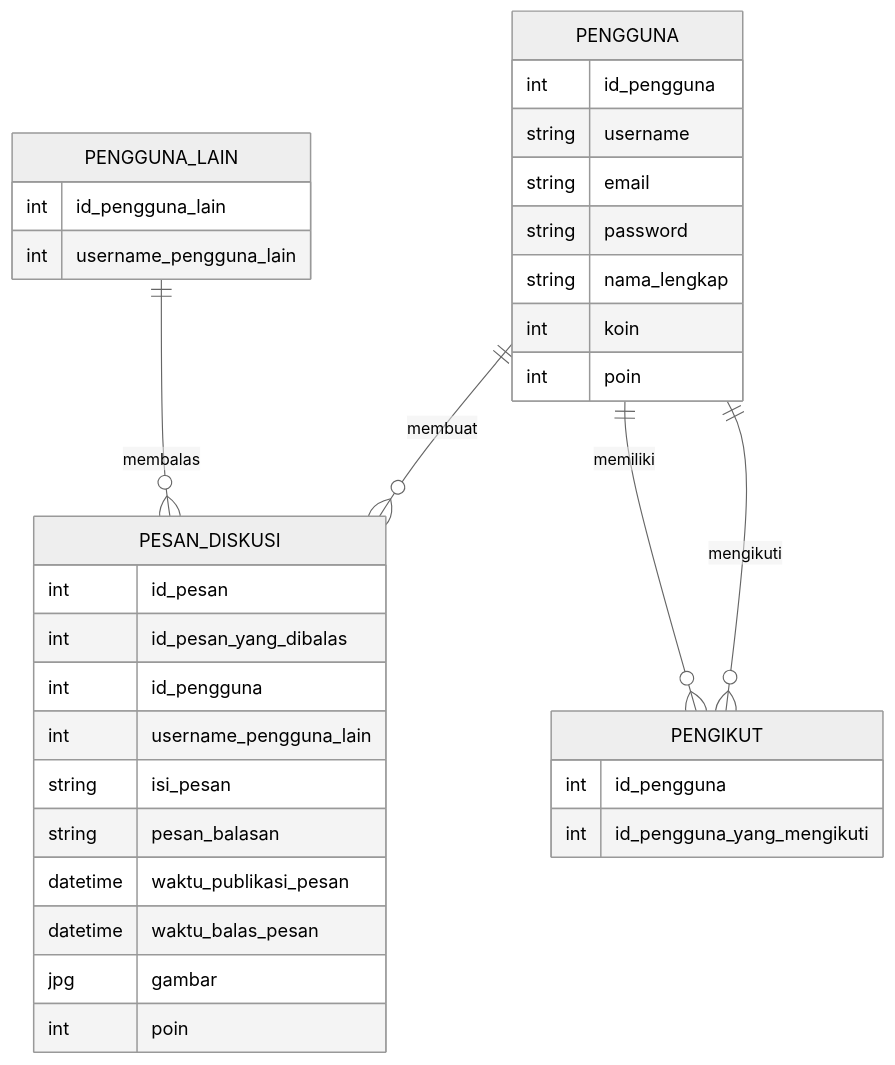
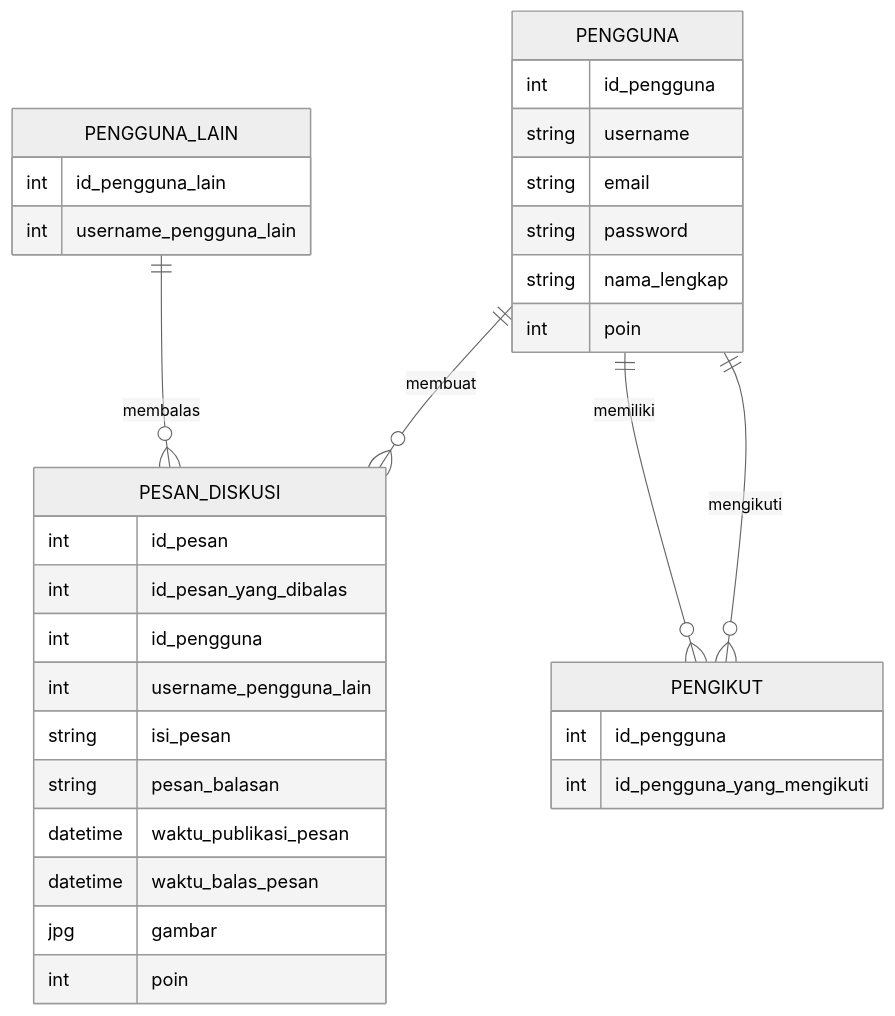
Before and after one commit to fahrizap/Kodein: the diagram in job interview.MD, drawn with Mermaid (neutral theme).

Commit message:
Update job interview.MD

````diff
--- a/job interview.MD
+++ b/job interview.MD
@@ -23,36 +23,35 @@
 ```mermaid
 erDiagram
   PENGGUNA {
     int id_pengguna 
     string username
     string email
     string password
     string nama_lengkap
-    int koin
     int poin
   }
   PENGGUNA ||--o{ PESAN_DISKUSI : membuat
   PESAN_DISKUSI {
     int id_pesan
     int id_pesan_yang_dibalas
     int id_pengguna 
     int username_pengguna_lain
     string isi_pesan
     string pesan_balasan
     datetime waktu_publikasi_pesan
     datetime waktu_balas_pesan
     jpg gambar
     int poin
   }
   PENGGUNA ||--o{ PENGIKUT : memiliki
   PENGGUNA ||--o{ PENGIKUT : mengikuti
   PENGIKUT {
     int id_pengguna
     int id_pengguna_yang_mengikuti
   }
   PENGGUNA_LAIN ||--o{ PESAN_DISKUSI : membalas
   PENGGUNA_LAIN {
     int id_pengguna_lain
     int username_pengguna_lain
   }
 ```
````
